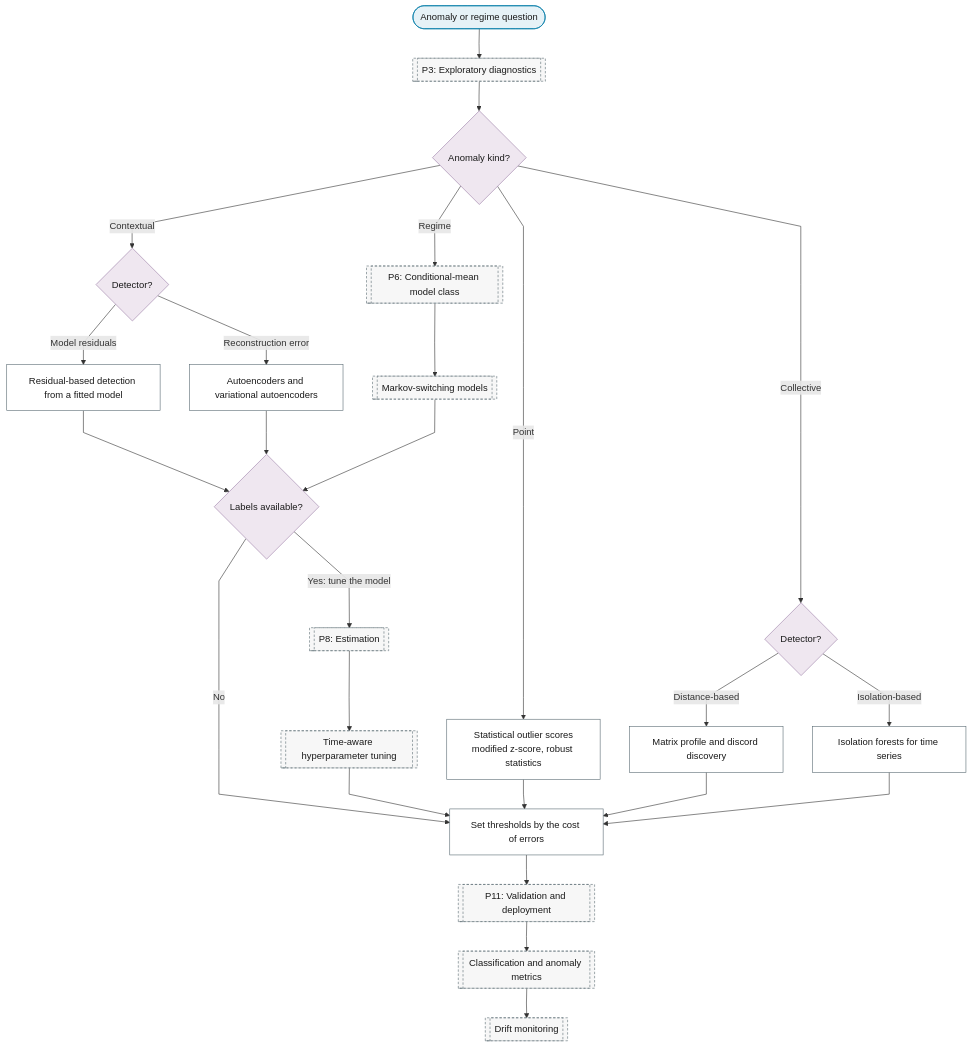
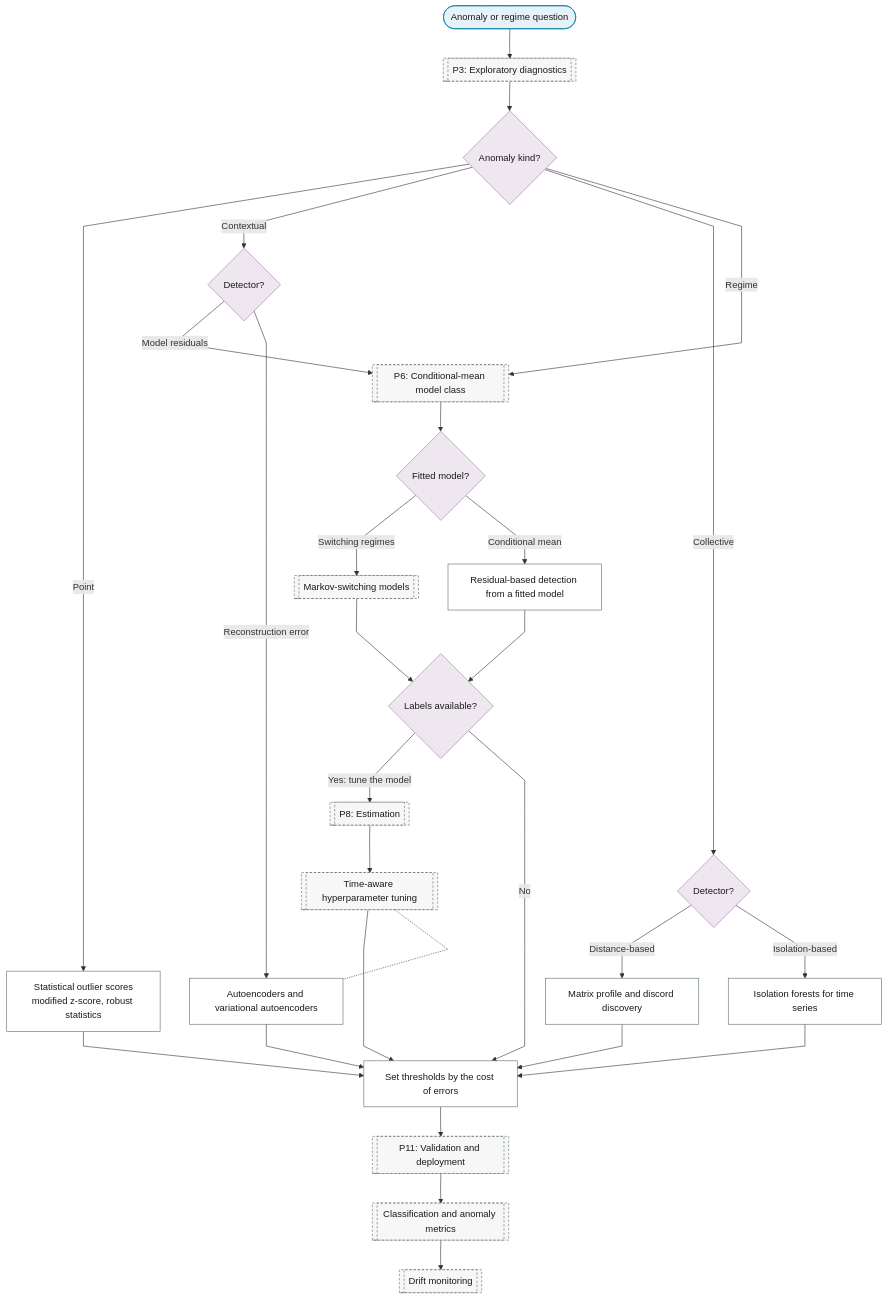
One commit to Shuxin-Y/time-series-analysis-manual changed the diagram in docs/01-workflow/p02-purpose/05-anomaly-regime-detection.md. Above: the diagram before and after it, drawn with Mermaid. The commit also changed 3 other files, not shown here.

First line of the commit message:
fix(flowchart): model-fitting paths draw P6 first; no-model paths skip P8 (rev1 R4-2)

````diff
--- a/docs/01-workflow/p02-purpose/05-anomaly-regime-detection.md
+++ b/docs/01-workflow/p02-purpose/05-anomaly-regime-detection.md
@@ -7,36 +7,39 @@
 ```mermaid
 %%{init: {"flowchart": {"curve": "linear"}}}%%
 graph TD
     P2_AN_IN(["Anomaly or regime question"]) --> P3[["P3: Exploratory diagnostics"]]
     P3 --> P2_AN_KIND{"Anomaly kind?"}
     P2_AN_KIND -->|"Point"| P2_AN_STATISTICAL["Statistical outlier scores<br/>modified z-score, robust statistics"]
     P2_AN_KIND -->|"Contextual"| P2_AN_CONTEXT{"Detector?"}
     P2_AN_KIND -->|"Collective"| P2_AN_COLLECTIVE{"Detector?"}
     P2_AN_KIND -->|"Regime"| P6[["P6: Conditional-mean model class"]]
-    P6 --> P6_MARKOV_SWITCHING[["Markov-switching models"]]
-    P2_AN_CONTEXT -->|"Model residuals"| P2_AN_RESIDUAL["Residual-based detection from a fitted model"]
+    P2_AN_CONTEXT -->|"Model residuals"| P6
     P2_AN_CONTEXT -->|"Reconstruction error"| P2_AN_AUTOENCODER["Autoencoders and variational autoencoders"]
+    P6 --> P2_AN_FIT{"Fitted model?"}
+    P2_AN_FIT -->|"Switching regimes"| P6_MARKOV_SWITCHING[["Markov-switching models"]]
+    P2_AN_FIT -->|"Conditional mean"| P2_AN_RESIDUAL["Residual-based detection from a fitted model"]
     P2_AN_COLLECTIVE -->|"Distance-based"| P2_AN_MATRIX_PROFILE["Matrix profile and discord discovery"]
     P2_AN_COLLECTIVE -->|"Isolation-based"| P2_AN_ISOLATION_FOREST["Isolation forests for time series"]
-    P2_AN_RESIDUAL & P2_AN_AUTOENCODER & P6_MARKOV_SWITCHING --> P2_AN_LABELS{"Labels available?"}
+    P2_AN_RESIDUAL & P6_MARKOV_SWITCHING --> P2_AN_LABELS{"Labels available?"}
     P2_AN_LABELS -->|"Yes: tune the model"| P8[["P8: Estimation"]]
     P2_AN_LABELS -->|"No"| P2_AN_THRESHOLD
     P8 --> P8_HYPERPARAMETERS[["Time-aware hyperparameter tuning"]]
     P8_HYPERPARAMETERS --> P2_AN_THRESHOLD["Set thresholds by the cost of errors"]
-    P2_AN_STATISTICAL & P2_AN_MATRIX_PROFILE & P2_AN_ISOLATION_FOREST --> P2_AN_THRESHOLD
+    P8_HYPERPARAMETERS[["Time-aware hyperparameter tuning"]] -.- P2_AN_AUTOENCODER
+    P2_AN_STATISTICAL & P2_AN_AUTOENCODER & P2_AN_MATRIX_PROFILE & P2_AN_ISOLATION_FOREST --> P2_AN_THRESHOLD
     P2_AN_THRESHOLD --> P11[["P11: Validation and deployment"]]
     P11 --> P11_CLASSIFICATION_METRICS[["Classification and anomaly metrics"]]
     P11_CLASSIFICATION_METRICS --> P11_DRIFT_MONITORING[["Drift monitoring"]]
     class P2_AN_IN terminator
-    class P2_AN_KIND,P2_AN_CONTEXT,P2_AN_COLLECTIVE,P2_AN_LABELS decision
-    class P2_AN_STATISTICAL,P2_AN_RESIDUAL,P2_AN_AUTOENCODER,P2_AN_MATRIX_PROFILE,P2_AN_ISOLATION_FOREST,P2_AN_THRESHOLD process
+    class P2_AN_KIND,P2_AN_CONTEXT,P2_AN_COLLECTIVE,P2_AN_FIT,P2_AN_LABELS decision
+    class P2_AN_STATISTICAL,P2_AN_AUTOENCODER,P2_AN_RESIDUAL,P2_AN_MATRIX_PROFILE,P2_AN_ISOLATION_FOREST,P2_AN_THRESHOLD process
     class P3,P6,P6_MARKOV_SWITCHING,P8,P8_HYPERPARAMETERS,P11,P11_CLASSIFICATION_METRICS,P11_DRIFT_MONITORING ref
     classDef terminator fill:#E6F2F7,stroke:#007BA7,color:#1A1A1A;
     classDef process fill:#FFFFFF,stroke:#5A6B73,color:#1A1A1A;
     classDef decision fill:#EFE7F0,stroke:#9B7FA7,color:#1A1A1A;
     classDef data fill:#FFF4E0,stroke:#C9A55E,color:#1A1A1A;
     classDef good fill:#DCEFD8,stroke:#4A7A3F,color:#1A1A1A;
     classDef escalate fill:#FFE9C2,stroke:#C9A55E,color:#1A1A1A;
     classDef problem fill:#F2D9DE,stroke:#800020,color:#1A1A1A;
     classDef ref fill:#F7F7F7,stroke:#5A6B73,color:#1A1A1A,stroke-dasharray:4 3;
 ```
````
